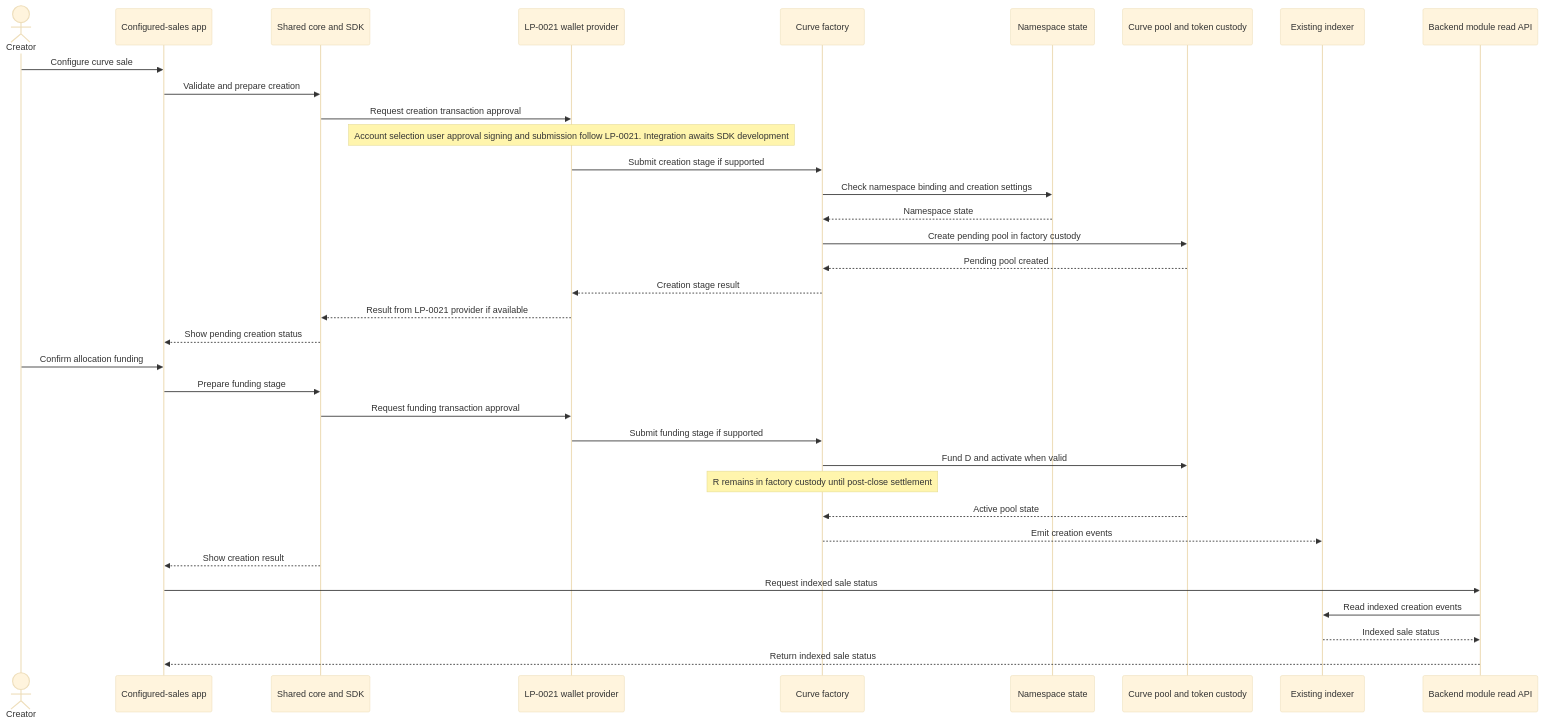
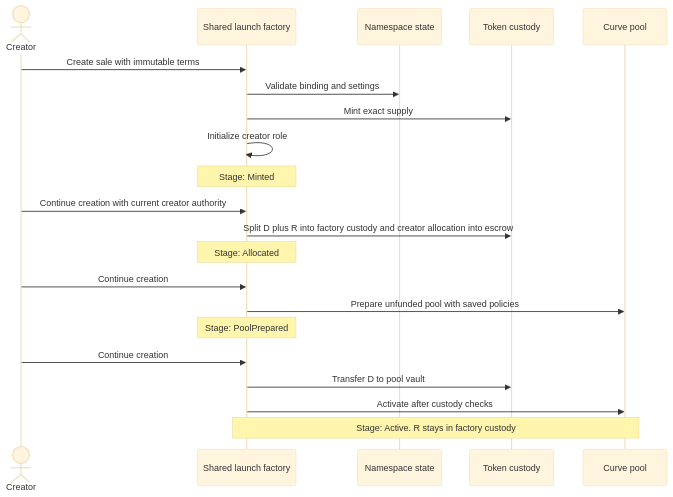
The diagram in docs/architecture/sequence-diagrams/create-curve-pool.md (bleu/logos-launchpad), drawn with Mermaid (base theme) before and after one commit. The commit also changed other lines of this file and 72 other files, not shown here.

````diff
--- a/docs/architecture/sequence-diagrams/create-curve-pool.md
+++ b/docs/architecture/sequence-diagrams/create-curve-pool.md
@@ -12,38 +7,24 @@
 ```mermaid
 sequenceDiagram
     actor Creator
-    participant App as Configured-sales app
-    participant SDK as Shared core and SDK
-    participant Wallet as LP-0021 wallet provider
-    participant Factory as Curve factory
+    participant Factory as Shared launch factory
     participant Namespace as Namespace state
-    participant Pool as Curve pool and token custody
-    participant Indexer as Existing indexer
-    participant ReadAPI as Backend module read API
+    participant Tokens as Token custody
+    participant Pool as Curve pool
 
-    Creator->>App: Configure curve sale
-    App->>SDK: Validate and prepare creation
-    SDK->>Wallet: Request creation transaction approval
-    Note over Wallet: Account selection user approval signing and submission follow LP-0021. Integration awaits SDK development
-    Wallet->>Factory: Submit creation stage if supported
-    Factory->>Namespace: Check namespace binding and creation settings
-    Namespace-->>Factory: Namespace state
-    Factory->>Pool: Create pending pool in factory custody
-    Pool-->>Factory: Pending pool created
-    Factory-->>Wallet: Creation stage result
-    Wallet-->>SDK: Result from LP-0021 provider if available
-    SDK-->>App: Show pending creation status
-    Creator->>App: Confirm allocation funding
-    App->>SDK: Prepare funding stage
-    SDK->>Wallet: Request funding transaction approval
-    Wallet->>Factory: Submit funding stage if supported
-    Factory->>Pool: Fund D and activate when valid
-    Note over Factory: R remains in factory custody until post-close settlement
-    Pool-->>Factory: Active pool state
-    Factory-->>Indexer: Emit creation events
-    SDK-->>App: Show creation result
-    App->>ReadAPI: Request indexed sale status
-    ReadAPI->>Indexer: Read indexed creation events
-    Indexer-->>ReadAPI: Indexed sale status
-    ReadAPI-->>App: Return indexed sale status
+    Creator->>Factory: Create sale with immutable terms
+    Factory->>Namespace: Validate binding and settings
+    Factory->>Tokens: Mint exact supply
+    Factory->>Factory: Initialize creator role
+    Note over Factory: Stage: Minted
+    Creator->>Factory: Continue creation with current creator authority
+    Factory->>Tokens: Split D plus R into factory custody and creator allocation into escrow
+    Note over Factory: Stage: Allocated
+    Creator->>Factory: Continue creation
+    Factory->>Pool: Prepare unfunded pool with saved policies
+    Note over Factory: Stage: PoolPrepared
+    Creator->>Factory: Continue creation
+    Factory->>Tokens: Transfer D to pool vault
+    Factory->>Pool: Activate after custody checks
+    Note over Factory,Pool: Stage: Active. R stays in factory custody
 ```
````
